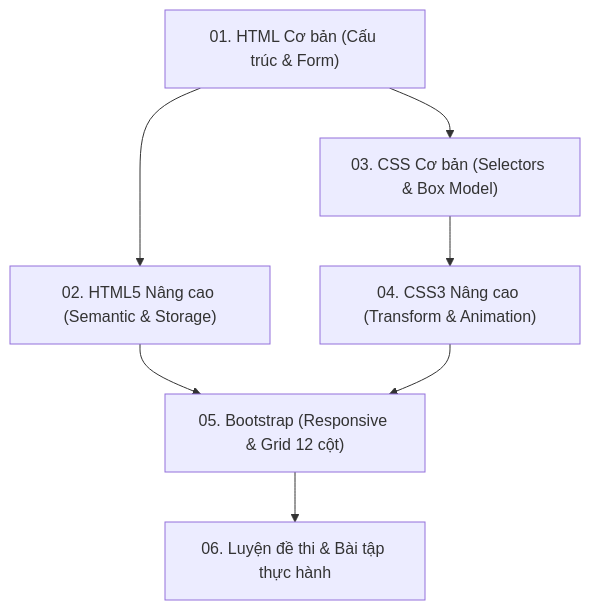
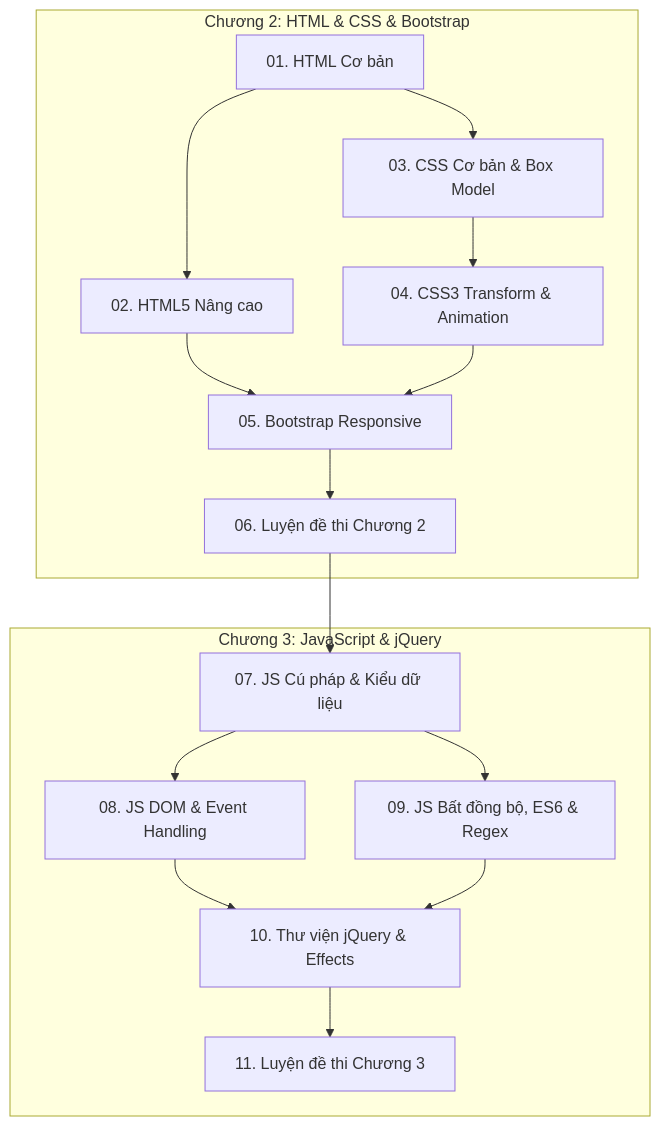
Before and after one commit to snowflake-vibing/KnowledgeLibrary: the diagram in doc/README.md, drawn with Mermaid. The commit also changed other lines of this file and 7 other files, not shown here.

Commit message:
Add Chapter 3 study guides: JavaScript, DOM, Async, Regex, jQuery and test questions

````diff
--- a/doc/README.md
+++ b/doc/README.md
@@ -24,9 +38,21 @@
 ```mermaid
 flowchart TD
-    A["01. HTML Cơ bản (Cấu trúc & Form)"] --> B["02. HTML5 Nâng cao (Semantic & Storage)"]
-    A --> C["03. CSS Cơ bản (Selectors & Box Model)"]
-    C --> D["04. CSS3 Nâng cao (Transform & Animation)"]
-    B --> E["05. Bootstrap (Responsive & Grid 12 cột)"]
-    D --> E
-    E --> F["06. Luyện đề thi & Bài tập thực hành"]
+    subgraph Chuong2 ["Chương 2: HTML & CSS & Bootstrap"]
+        A["01. HTML Cơ bản"] --> B["02. HTML5 Nâng cao"]
+        A --> C["03. CSS Cơ bản & Box Model"]
+        C --> D["04. CSS3 Transform & Animation"]
+        B --> E["05. Bootstrap Responsive"]
+        D --> E
+        E --> F["06. Luyện đề thi Chương 2"]
+    end
+
+    subgraph Chuong3 ["Chương 3: JavaScript & jQuery"]
+        G["07. JS Cú pháp & Kiểu dữ liệu"] --> H["08. JS DOM & Event Handling"]
+        G --> I["09. JS Bất đồng bộ, ES6 & Regex"]
+        H --> J["10. Thư viện jQuery & Effects"]
+        I --> J
+        J --> K["11. Luyện đề thi Chương 3"]
+    end
+
+    F --> G
 ```
````
